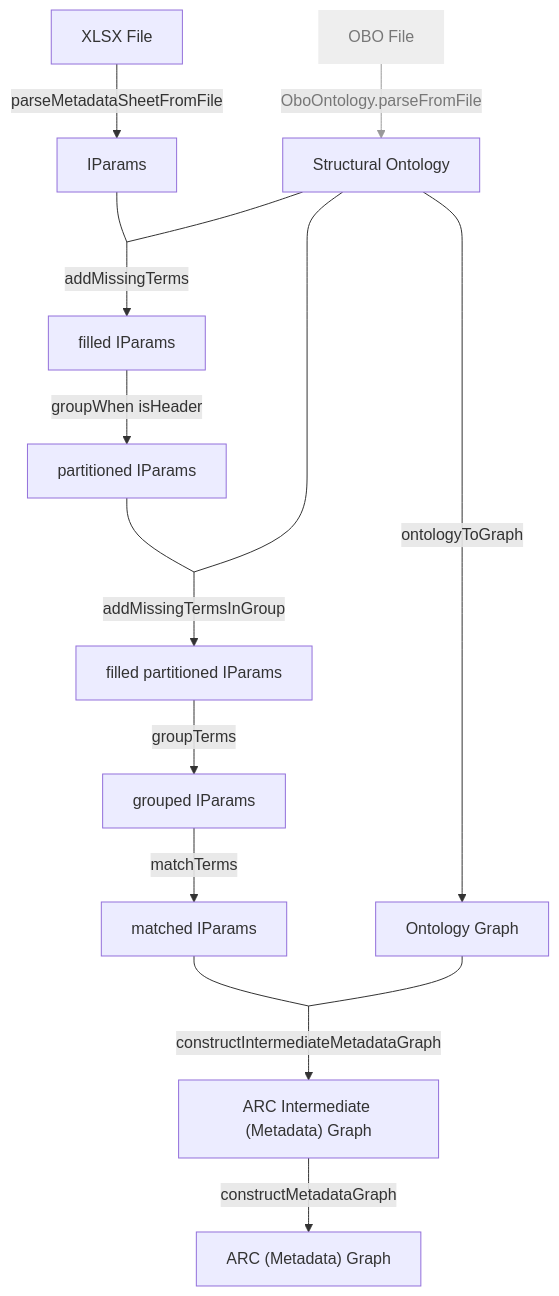
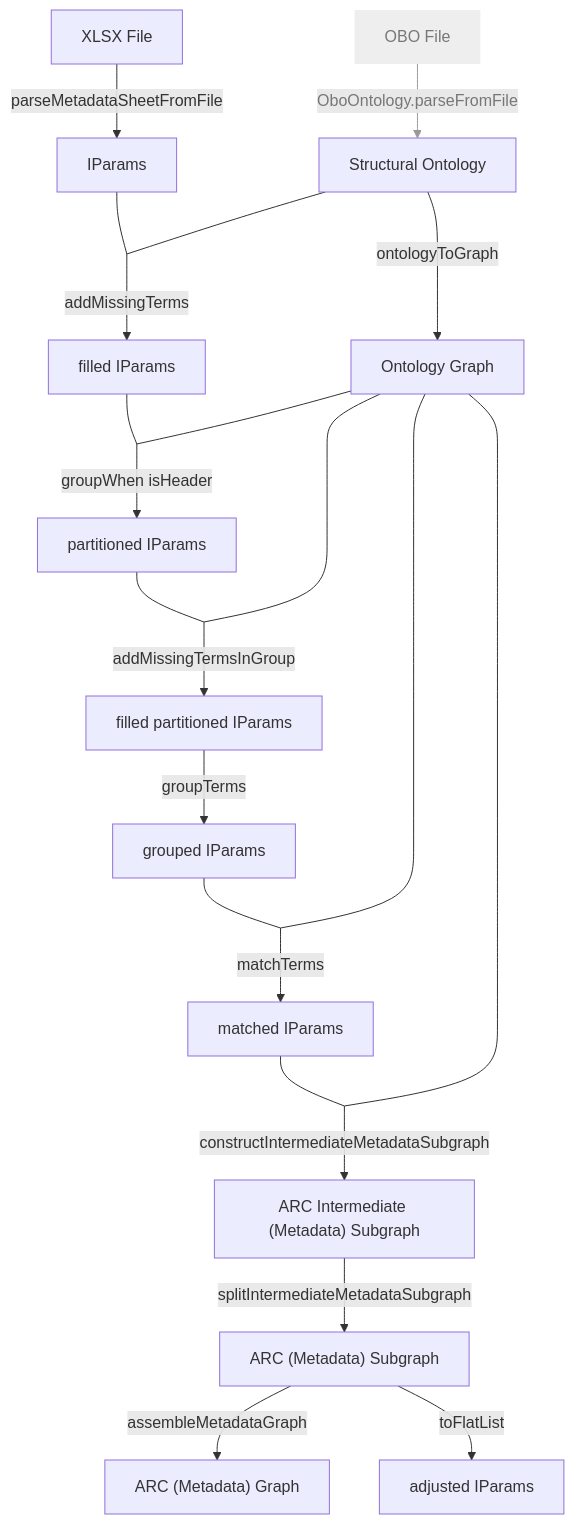
One commit to nfdi4plants/arc-validate changed the diagram in playgrounds/workingGraph.md. Above: the diagram before and after it, drawn with Mermaid.

Commit message:
Update working graph

````diff
--- a/playgrounds/workingGraph.md
+++ b/playgrounds/workingGraph.md
@@ -1,42 +1,52 @@
 ```mermaid
 
 flowchart 
 	xf[XLSX File]
 	ips[IParams]
 	of[OBO File]
 	fips[filled IParams]
 	partiparams[partitioned IParams]
 	fipartips[filled partitioned IParams]
 	grips[grouped IParams]
 	onto[Structural Ontology]
 	og[Ontology Graph]
 	maps[matched IParams]
-	arcigr["ARC Intermediate (Metadata) Graph"]
+	arcisgr["ARC Intermediate (Metadata) Subgraph"]
+	arcsgr["ARC (Metadata) Subgraph"]
 	arcgr["ARC (Metadata) Graph"]
+	adjips[adjusted IParams]
 
 	D[ ]
 	D2[ ]
 	D3[ ]
+	D4[ ]
+	D5[ ]
 
 	style D height:0.0000001px,width:0.000001px
 	style D2 height:0.0000001px,width:0.000001px
 	style D3 height:0.0000001px,width:0.000001px
+	style D4 height:0.0000001px,width:0.000001px
+	style D5 height:0.0000001px,width:0.000001px
 	style of fill:#EEE,stroke-width:0,color:#777
 
 	xf --> |parseMetadataSheetFromFile| ips
 	of --> |OboOntology.parseFromFile| onto
 	ips & onto --- D
 	D --> |addMissingTerms| fips
-	fips --> |groupWhen isHeader| partiparams
-	partiparams & onto --- D3
+	fips & og --- D4
+	D4 --> |groupWhen isHeader| partiparams
+	partiparams & og --- D3
 	D3 --> |addMissingTermsInGroup| fipartips
 	fipartips --> |groupTerms| grips
 	onto --> |ontologyToGraph| og
-	grips --> |matchTerms| maps
+	grips & og --- D5
+	D5 --> |matchTerms| maps
 	maps & og --- D2
-	D2 --> |constructIntermediateMetadataGraph| arcigr
-	arcigr --> |constructMetadataGraph| arcgr
+	D2 --> |constructIntermediateMetadataSubgraph| arcisgr
+	arcisgr --> |splitIntermediateMetadataSubgraph| arcsgr
+	arcsgr --> |assembleMetadataGraph| arcgr
+	arcsgr --> |toFlatList| adjips
 
 	linkStyle 1 stroke:#999,color:#777,fill:#EEE
 
 ```
````
